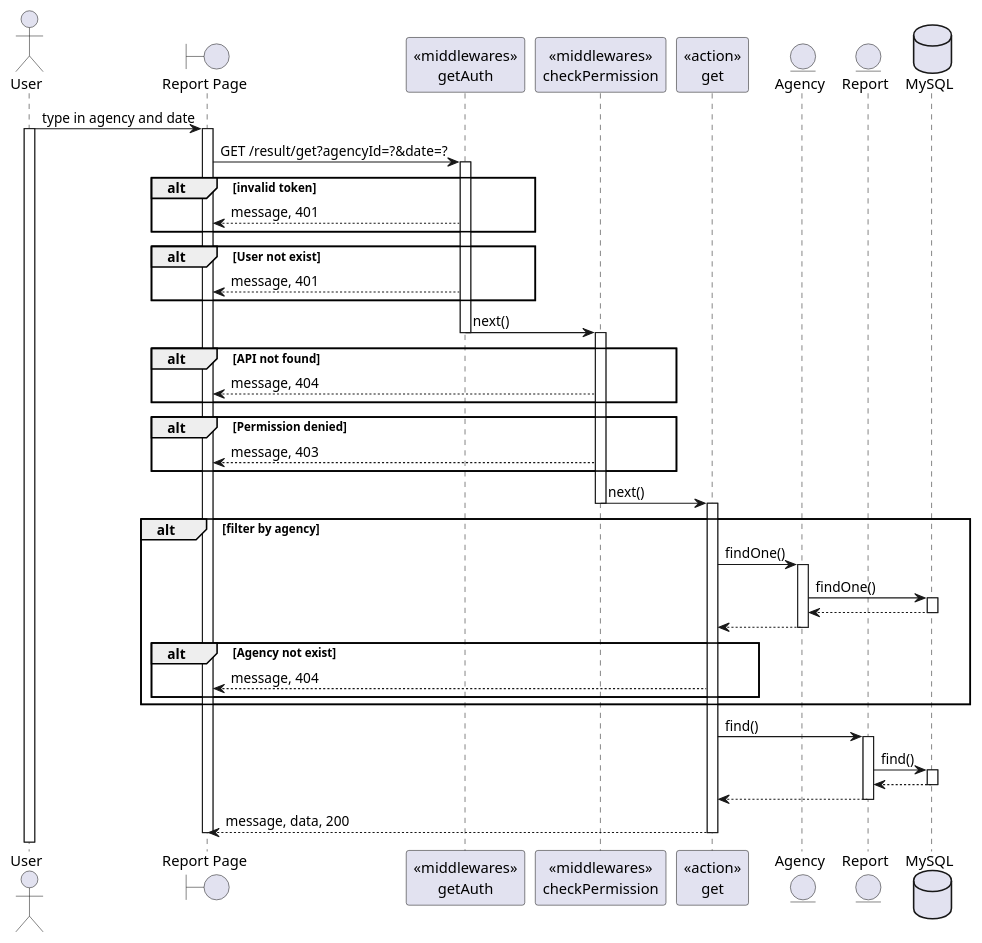
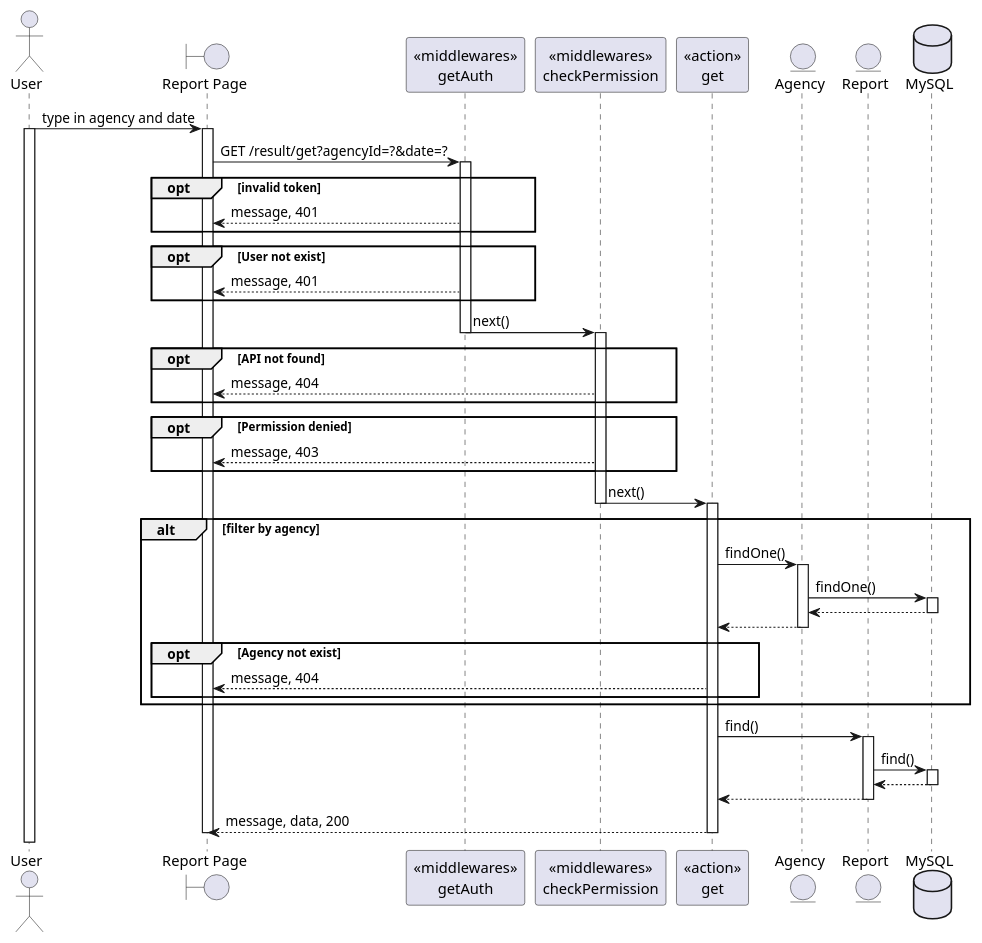
The diagram in SequeceDiagram/report/get.wsd (BunnyButtpowder/TeleLink-Original), drawn with PlantUML before and after one commit. The commit also changed 16 other files, not shown here.

Commit message:
finish almost all sequence diagram

```diff
--- a/SequeceDiagram/report/get.wsd
+++ b/SequeceDiagram/report/get.wsd
@@ -1,66 +1,66 @@
 @startuml
 actor User
 boundary "Report Page" as Client
 participant "<<middlewares>>\ngetAuth" as mid1
 participant "<<middlewares>>\ncheckPermission" as mid2
 participant "<<action>>\nget" as Controller
 entity "Agency" as Model1
 entity "Report" as Model2
 database "MySQL" as DB
 
 User -> Client: type in agency and date
 activate User
 activate Client
 Client -> mid1: GET /result/get?agencyId=?&date=?
 activate mid1
-alt invalid token
+opt invalid token
     mid1 --> Client: message, 401
 end
-alt User not exist
+opt User not exist
     mid1 --> Client: message, 401
 end
 mid1 -> mid2: next()
 deactivate mid1
 activate mid2
-alt API not found
+opt API not found
     mid2 --> Client: message, 404
 end
-alt Permission denied
+opt Permission denied
     mid2 --> Client: message, 403
 end
 mid2 -> Controller: next()
 deactivate mid2
 activate Controller
 alt filter by agency
     Controller -> Model1: findOne()
     activate Model1
     Model1 -> DB: findOne()
     activate DB
     DB --> Model1
     deactivate DB
     Model1 --> Controller
     deactivate Model1
-    alt Agency not exist
+    opt Agency not exist
         Controller --> Client: message, 404
     end
 end
 Controller -> Model2: find()
 activate Model2
 Model2 -> DB: find()
 activate DB
 DB --> Model2
 deactivate DB
 Model2 --> Controller
 deactivate Model2
 Controller --> Client: message, data, 200
 deactivate Controller
 
 
 
 
 
 
 
 deactivate Client
 
 @enduml
```
